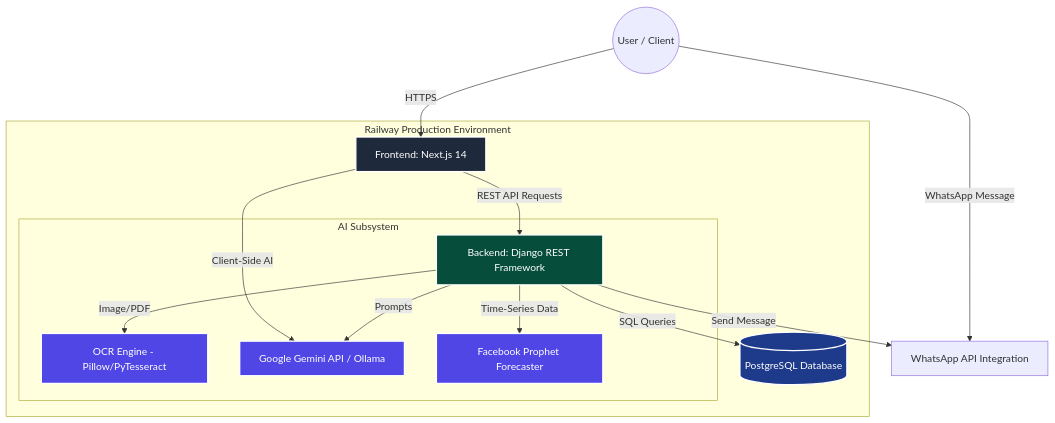
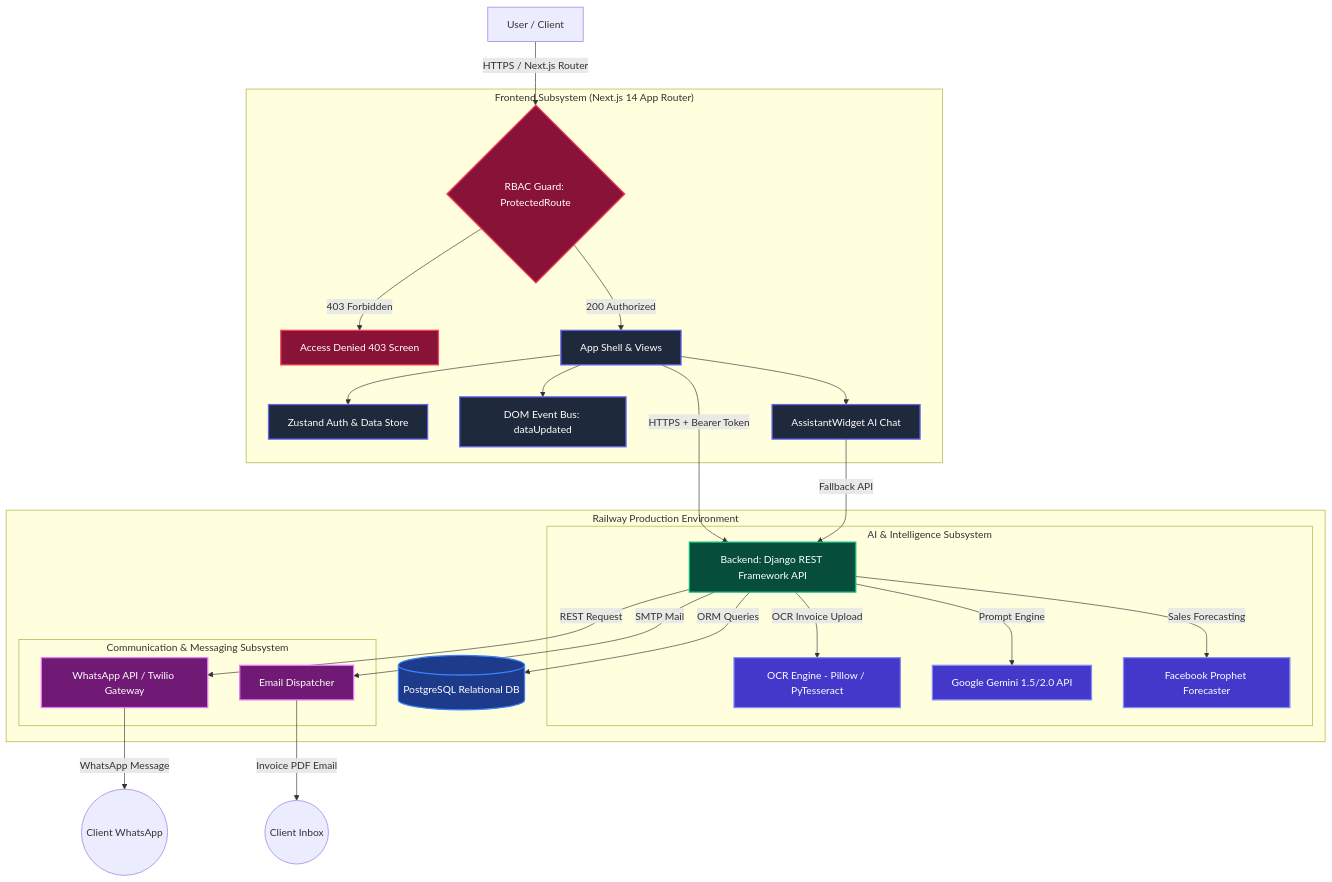
Before and after one commit to ArimasHolding/TadbirAI: the first of 10 diagrams in SAD_and_SDD.md, drawn with Mermaid. The commit also changed other lines of this file and 7 other files, not shown here.

````diff
--- a/SAD_and_SDD.md
+++ b/SAD_and_SDD.md
@@ -28,30 +34,47 @@
 ```mermaid
 graph TD
-    User((User / Client)) -->|HTTPS| NextJS[Frontend: Next.js 14]
+    User["User / Client"] -->|HTTPS / Next.js Router| AuthGuard{"RBAC Guard: ProtectedRoute"}
+    
+    subgraph "Frontend Subsystem (Next.js 14 App Router)"
+        AuthGuard -->|403 Forbidden| DeniedUI["Access Denied 403 Screen"]
+        AuthGuard -->|200 Authorized| AppShell["App Shell & Views"]
+        AppShell --> Store["Zustand Auth & Data Store"]
+        AppShell --> EventBus["DOM Event Bus: dataUpdated"]
+        AppShell --> ChatWidget["AssistantWidget AI Chat"]
+    end
     
     subgraph "Railway Production Environment"
-        NextJS -->|REST API Requests| Django[Backend: Django REST Framework]
+        AppShell -->|HTTPS + Bearer Token| Django["Backend: Django REST Framework API"]
+        ChatWidget -->|Fallback API| Django
         
-        Django -->|SQL Queries| DB[(PostgreSQL Database)]
+        Django -->|ORM Queries| DB[("PostgreSQL Relational DB")]
         
-        subgraph "AI Subsystem"
-            Django -->|Image/PDF| OCR[OCR Engine - Pillow/PyTesseract]
-            Django -->|Prompts| LLM[Google Gemini API / Ollama]
-            Django -->|Time-Series Data| Prophet[Facebook Prophet Forecaster]
+        subgraph "AI & Intelligence Subsystem"
+            Django -->|OCR Invoice Upload| OCR["OCR Engine - Pillow / PyTesseract"]
+            Django -->|Prompt Engine| LLM["Google Gemini 1.5/2.0 API"]
+            Django -->|Sales Forecasting| Prophet["Facebook Prophet Forecaster"]
+        end
+        
+        subgraph "Communication & Messaging Subsystem"
+            Django -->|REST Request| Twilio["WhatsApp API / Twilio Gateway"]
+            Django -->|SMTP Mail| Email["Email Dispatcher"]
         end
     end
     
-    User -->|WhatsApp Message| Twilio[WhatsApp API Integration]
-    NextJS -->|Client-Side AI| LLM
-    Django -->|Send Message| Twilio
+    Twilio -->|WhatsApp Message| ClientPhone(("Client WhatsApp"))
+    Email -->|Invoice PDF Email| ClientEmail(("Client Inbox"))
 
-    classDef frontend fill:#1E293B,stroke:#fff,stroke-width:2px,color:#fff;
-    classDef backend fill:#064E3B,stroke:#fff,stroke-width:2px,color:#fff;
-    classDef db fill:#1E3A8A,stroke:#fff,stroke-width:2px,color:#fff;
-    classDef ai fill:#4F46E5,stroke:#fff,stroke-width:2px,color:#fff;
+    classDef frontend fill:#1E293B,stroke:#6366F1,stroke-width:2px,color:#fff;
+    classDef security fill:#881337,stroke:#F43F5E,stroke-width:2px,color:#fff;
+    classDef backend fill:#064E3B,stroke:#10B981,stroke-width:2px,color:#fff;
+    classDef db fill:#1E3A8A,stroke:#3B82F6,stroke-width:2px,color:#fff;
+    classDef ai fill:#4338CA,stroke:#818CF8,stroke-width:2px,color:#fff;
+    classDef msg fill:#701A75,stroke:#E879F9,stroke-width:2px,color:#fff;
     
-    class NextJS frontend;
+    class AppShell,Store,EventBus,ChatWidget frontend;
+    class AuthGuard,DeniedUI security;
     class Django backend;
     class DB db;
     class OCR,LLM,Prophet ai;
+    class Twilio,Email msg;
 ```
````
